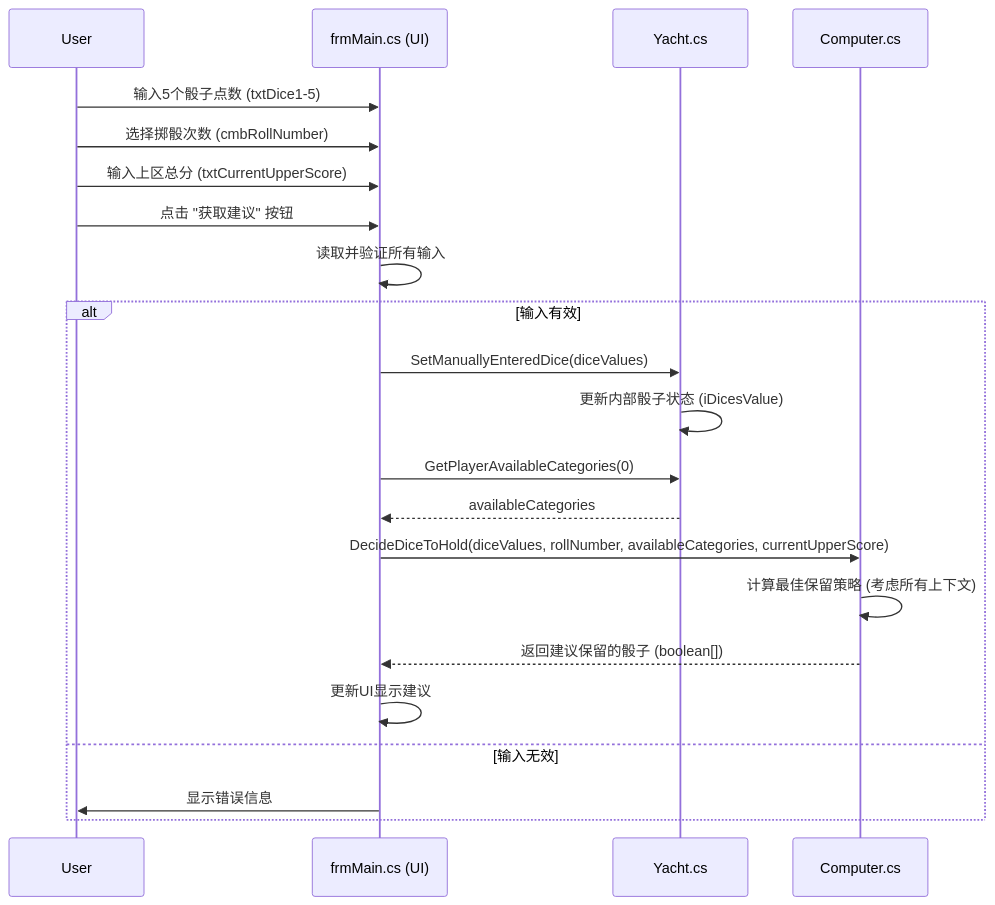
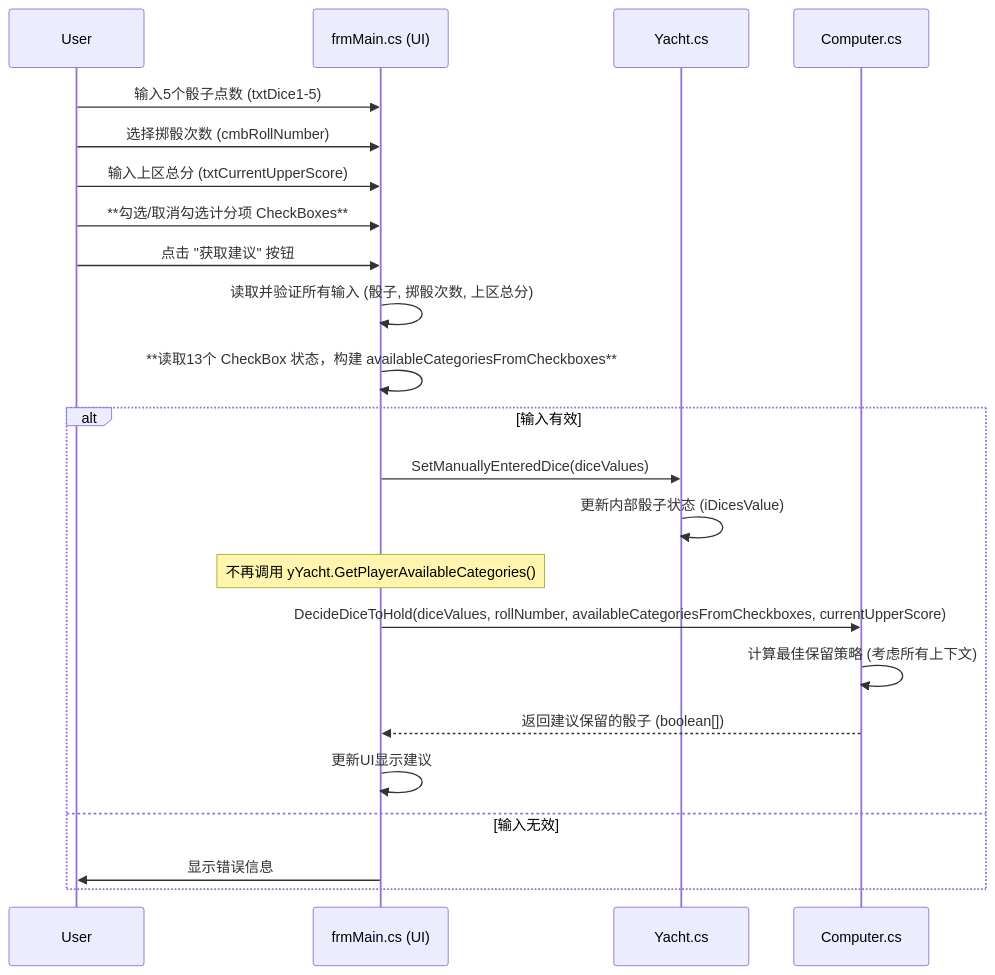
Before and after one commit to harjeb/yacht: the diagram in memory-bank/architecture.md, drawn with Mermaid. The commit also changed other lines of this file and 4 other files, not shown here.

````diff
--- a/memory-bank/architecture.md
+++ b/memory-bank/architecture.md
@@ -133,25 +135,26 @@
 ```mermaid
 sequenceDiagram
     participant User
     participant frmMain as frmMain.cs (UI)
     participant yYacht as Yacht.cs
     participant compPlayer as Computer.cs
 
     User->>frmMain: 输入5个骰子点数 (txtDice1-5)
     User->>frmMain: 选择掷骰次数 (cmbRollNumber)
     User->>frmMain: 输入上区总分 (txtCurrentUpperScore)
+    User->>frmMain: **勾选/取消勾选计分项 CheckBoxes**
     User->>frmMain: 点击 "获取建议" 按钮
-    frmMain->>frmMain: 读取并验证所有输入
+    frmMain->>frmMain: 读取并验证所有输入 (骰子, 掷骰次数, 上区总分)
+    frmMain->>frmMain: **读取13个 CheckBox 状态，构建 availableCategoriesFromCheckboxes**
     alt 输入有效
         frmMain->>yYacht: SetManuallyEnteredDice(diceValues)
         yYacht->>yYacht: 更新内部骰子状态 (iDicesValue)
-        frmMain->>yYacht: GetPlayerAvailableCategories(0)
-        yYacht-->>frmMain: availableCategories
-        frmMain->>compPlayer: DecideDiceToHold(diceValues, rollNumber, availableCategories, currentUpperScore)
+        note over frmMain: 不再调用 yYacht.GetPlayerAvailableCategories()
+        frmMain->>compPlayer: DecideDiceToHold(diceValues, rollNumber, availableCategoriesFromCheckboxes, currentUpperScore)
         compPlayer->>compPlayer: 计算最佳保留策略 (考虑所有上下文)
         compPlayer-->>frmMain: 返回建议保留的骰子 (boolean[])
         frmMain->>frmMain: 更新UI显示建议
     else 输入无效
         frmMain->>User: 显示错误信息
     end
 ```
````
